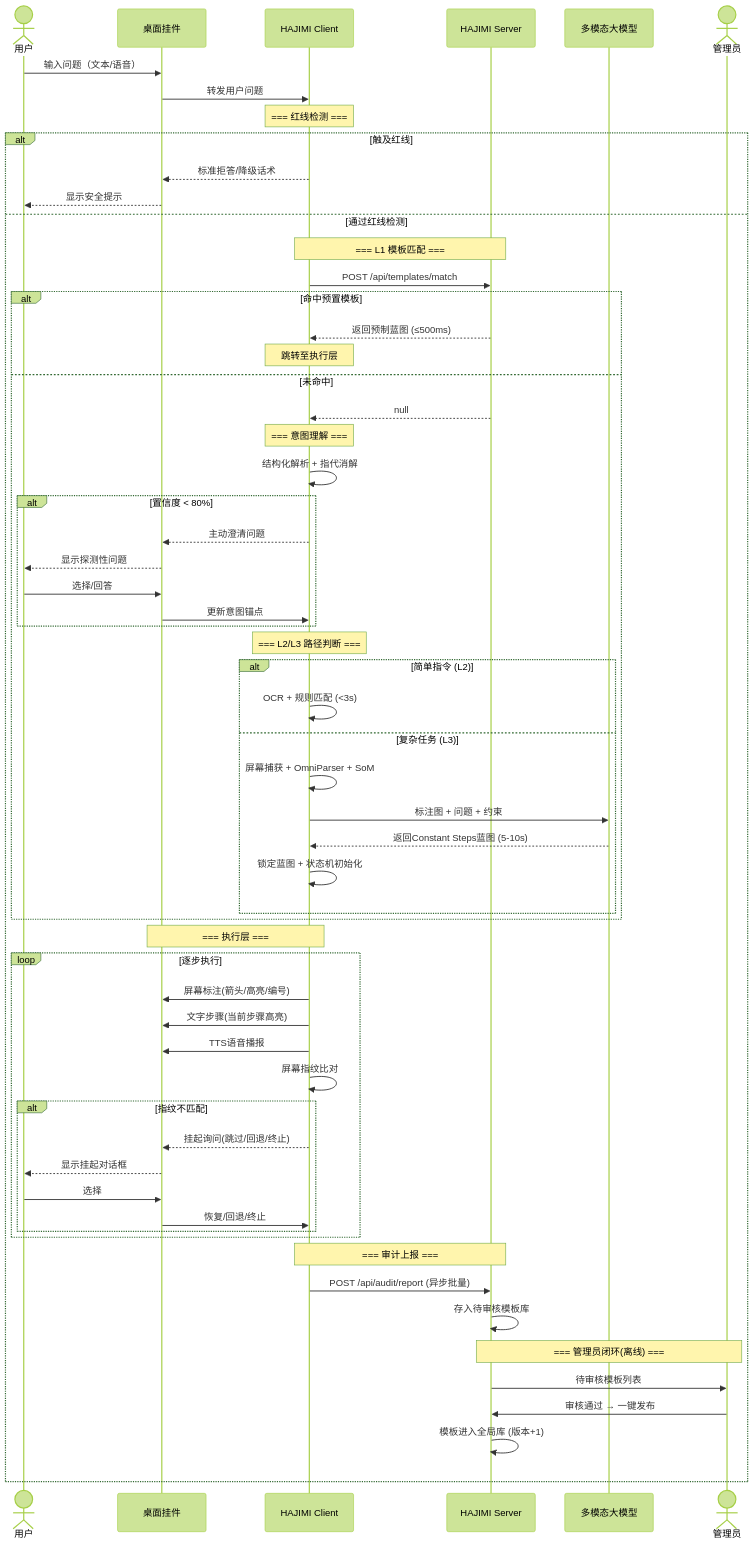
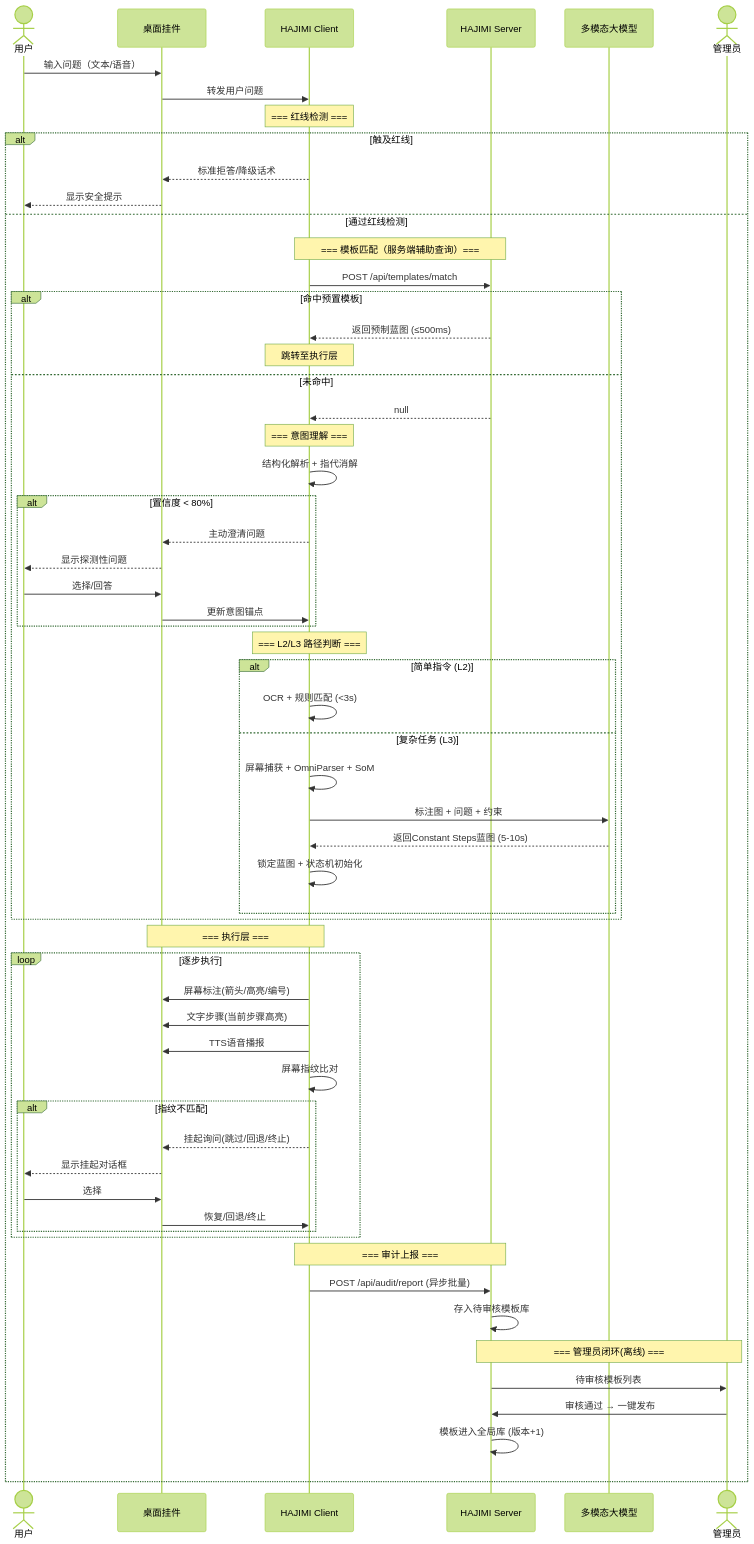
The second of 12 diagrams in 项目文档/UML_diagrams.md (eicon-xyz/Fuzzy-Visual-Assisted-Question-Answering-System), drawn with Mermaid (forest theme) before and after one commit. The commit also changed other lines of this file and 9 other files, not shown here.

````diff
--- a/项目文档/UML_diagrams.md
+++ b/项目文档/UML_diagrams.md
@@ -94,68 +94,68 @@
 ```mermaid
 sequenceDiagram
     actor User as 用户
     participant Widget as 桌面挂件
     participant Client as HAJIMI Client
     participant Server as HAJIMI Server
     participant LLM as 多模态大模型
     actor Admin as 管理员
 
     User->>Widget: 输入问题（文本/语音）
     Widget->>Client: 转发用户问题
 
     Note over Client: === 红线检测 ===
     alt 触及红线
         Client-->>Widget: 标准拒答/降级话术
         Widget-->>User: 显示安全提示
     else 通过红线检测
-        Note over Client,Server: === L1 模板匹配 ===
+        Note over Client,Server: === 模板匹配（服务端辅助查询）===
         Client->>Server: POST /api/templates/match
         alt 命中预置模板
             Server-->>Client: 返回预制蓝图 (≤500ms)
             Note over Client: 跳转至执行层
         else 未命中
             Server-->>Client: null
             Note over Client: === 意图理解 ===
             Client->>Client: 结构化解析 + 指代消解
             alt 置信度 < 80%
                 Client-->>Widget: 主动澄清问题
                 Widget-->>User: 显示探测性问题
                 User->>Widget: 选择/回答
                 Widget->>Client: 更新意图锚点
             end
 
             Note over Client: === L2/L3 路径判断 ===
             alt 简单指令 (L2)
                 Client->>Client: OCR + 规则匹配 (<3s)
             else 复杂任务 (L3)
                 Client->>Client: 屏幕捕获 + OmniParser + SoM
                 Client->>LLM: 标注图 + 问题 + 约束
                 LLM-->>Client: 返回Constant Steps蓝图 (5-10s)
                 Client->>Client: 锁定蓝图 + 状态机初始化
             end
         end
 
         Note over Client,Widget: === 执行层 ===
         loop 逐步执行
             Client->>Widget: 屏幕标注(箭头/高亮/编号)
             Client->>Widget: 文字步骤(当前步骤高亮)
             Client->>Widget: TTS语音播报
             Client->>Client: 屏幕指纹比对
             alt 指纹不匹配
                 Client-->>Widget: 挂起询问(跳过/回退/终止)
                 Widget-->>User: 显示挂起对话框
                 User->>Widget: 选择
                 Widget->>Client: 恢复/回退/终止
             end
         end
 
         Note over Client,Server: === 审计上报 ===
         Client->>Server: POST /api/audit/report (异步批量)
         Server->>Server: 存入待审核模板库
 
         Note over Server,Admin: === 管理员闭环(离线) ===
         Server->>Admin: 待审核模板列表
         Admin->>Server: 审核通过 → 一键发布
         Server->>Server: 模板进入全局库 (版本+1)
     end
 ```
````
